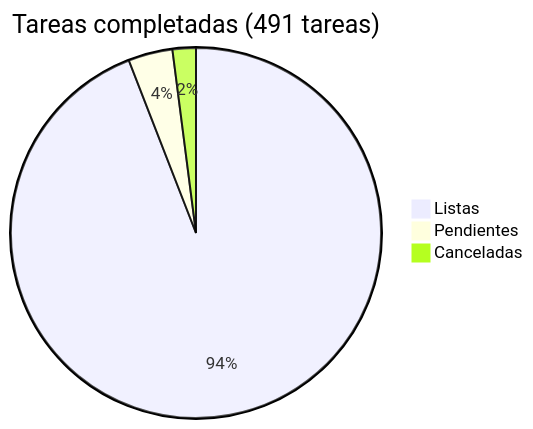
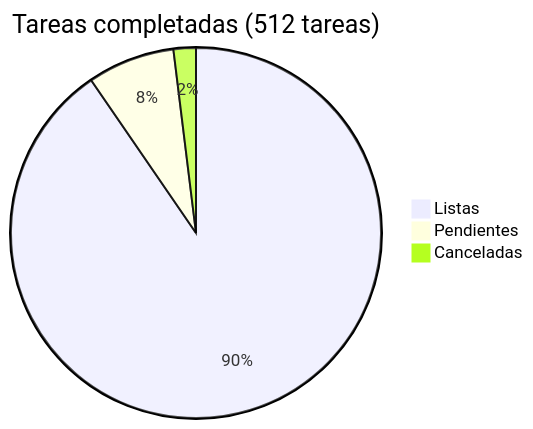
The diagram in docs/roadmap/README.md (araguaney-lat/araguaney), drawn with Mermaid before and after one commit. The commit also changed other lines of this file and 2 other files, not shown here.

Commit message:
docs: plan the move from araguaney.lat to araguaney.org
Project Galileo was granted per domain to araguaney.org, which lives in a
separate Cloudflare account. Phase 29 sequences the move so every piece
answers on both domains before anything points to the new one, and records
what breaks along the way with its mitigation. The Galileo log gains the
program's reply.

````diff
--- a/docs/roadmap/README.md
+++ b/docs/roadmap/README.md
@@ -5,6 +5,6 @@
 ```mermaid
-pie title Tareas completadas (491 tareas)
-    "Listas" : 462
-    "Pendientes" : 19
+pie title Tareas completadas (512 tareas)
+    "Listas" : 463
+    "Pendientes" : 39
     "Canceladas" : 10
 ```
````
